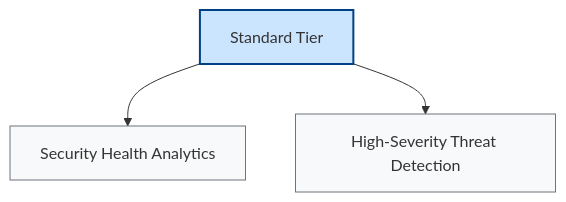
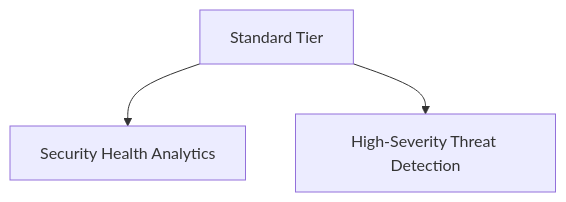
The sixth of 7 diagrams in content/Infrastructure/Cloud/Google Cloud Security.md (adrianbacceli/Knowledge_Management), drawn with Mermaid before and after one commit. The commit also changed other lines of this file, not shown here.

````diff
--- a/content/Infrastructure/Cloud/Google Cloud Security.md
+++ b/content/Infrastructure/Cloud/Google Cloud Security.md
@@ -394,16 +394,9 @@
 ```mermaid
 graph TD
   %% Tiers
   A[Standard Tier]
   
   %% Standard Tier Features
   A --> B[Security Health Analytics]
   A --> C[High-Severity Threat Detection]
-
-   %% Styling
-  classDef tier fill:#cce5ff,stroke:#004085,stroke-width:2px;
-  classDef feature fill:#f8f9fa,stroke:#6c757d,stroke-width:1px;
-  class A,D tier;
-  class B,C,E,F,G,H,I feature;
-
   ```
````
